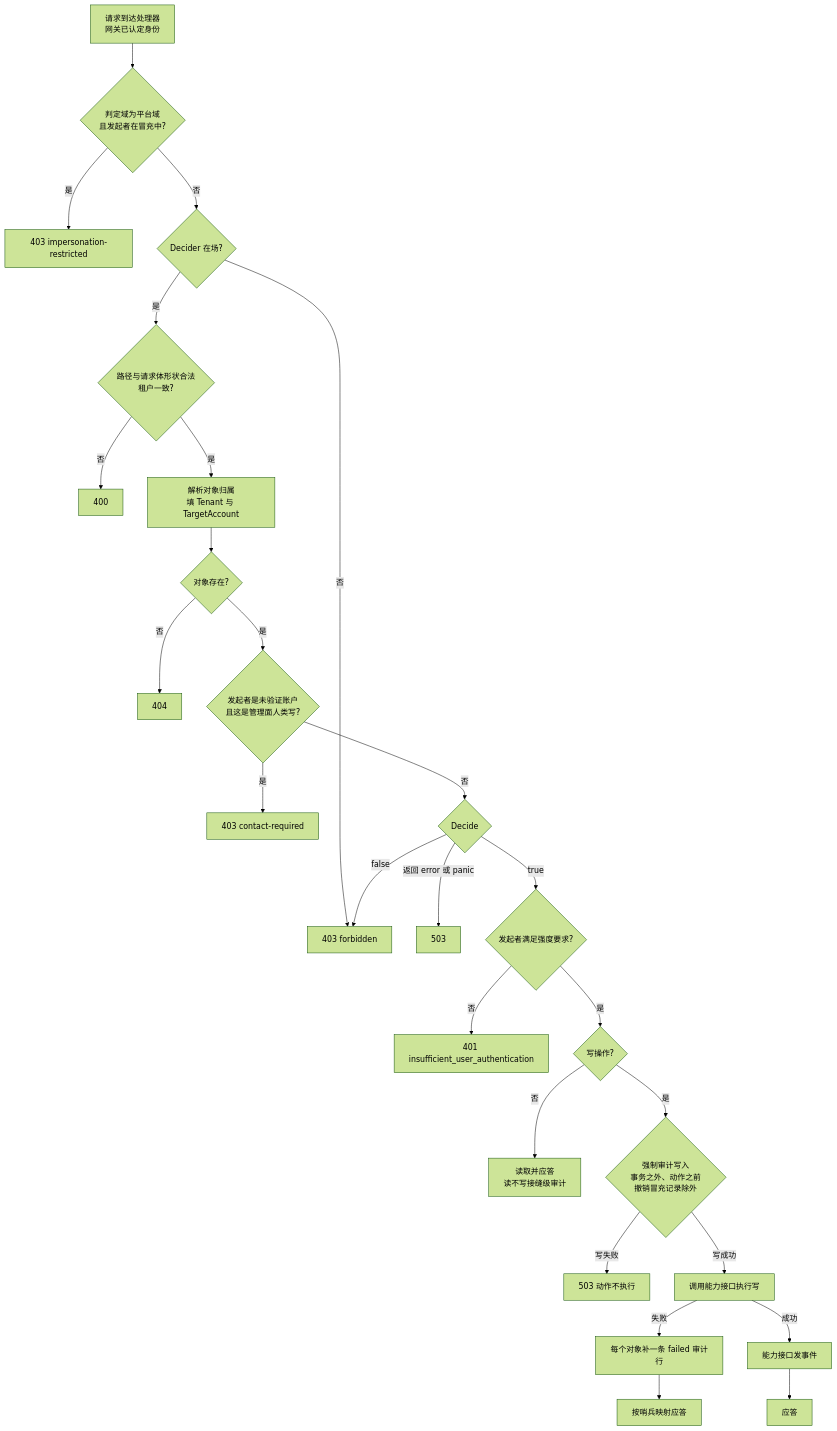
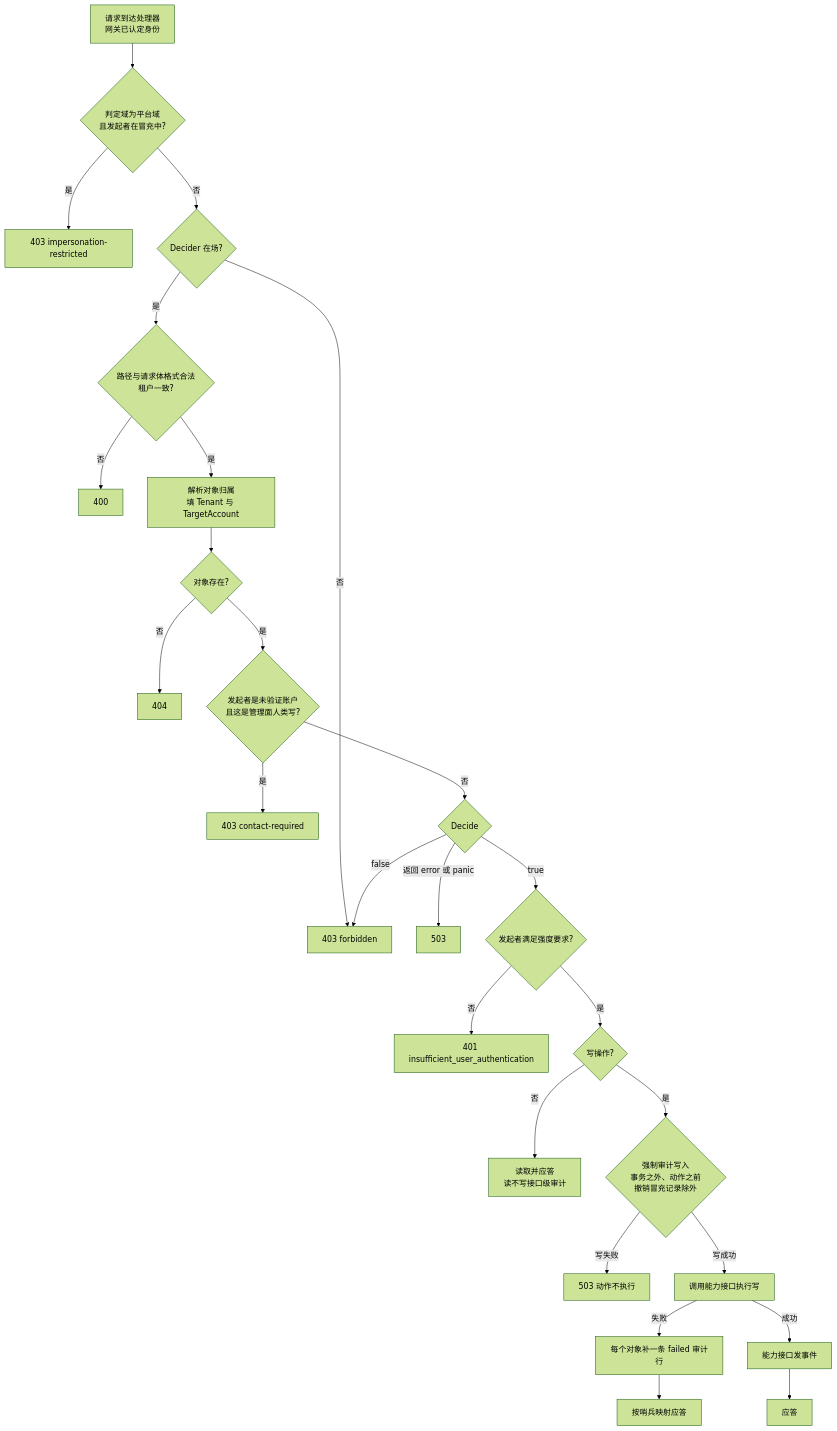
One commit to wangzw/speed changed the second of 2 diagrams in docs/design/modules/authn/design-authn-admin.md. Above: the diagram before and after it, drawn with Mermaid (forest theme). The commit also changed other lines of this file and 328 other files, not shown here.

````diff
--- a/docs/design/modules/authn/design-authn-admin.md
+++ b/docs/design/modules/authn/design-authn-admin.md
@@ -305,26 +305,26 @@
 ```mermaid
 flowchart TD
     A["请求到达处理器<br/>网关已认定身份"] --> B{"判定域为平台域<br/>且发起者在冒充中?"}
     B -- 是 --> R1["403 impersonation-restricted"]
     B -- 否 --> C{"Decider 在场?"}
     C -- 否 --> R2["403 forbidden"]
-    C -- 是 --> D{"路径与请求体形状合法<br/>租户一致?"}
+    C -- 是 --> D{"路径与请求体格式合法<br/>租户一致?"}
     D -- 否 --> R3["400"]
     D -- 是 --> E["解析对象归属<br/>填 Tenant 与 TargetAccount"]
     E --> F{"对象存在?"}
     F -- 否 --> R4["404"]
     F -- 是 --> G2{"发起者是未验证账户<br/>且这是管理面人类写?"}
     G2 -- 是 --> R9["403 contact-required"]
     G2 -- 否 --> G{"Decide"}
     G -- "返回 error 或 panic" --> R5["503"]
     G -- "false" --> R2
     G -- "true" --> H{"发起者满足强度要求?"}
     H -- 否 --> R6["401 insufficient_user_authentication"]
     H -- 是 --> I{"写操作?"}
-    I -- 否 --> J["读取并应答<br/>读不写接缝级审计"]
+    I -- 否 --> J["读取并应答<br/>读不写接口级审计"]
     I -- 是 --> K{"强制审计写入<br/>事务之外、动作之前<br/>撤销冒充记录除外"}
     K -- 写失败 --> R7["503 动作不执行"]
     K -- 写成功 --> L["调用能力接口执行写"]
     L -- 失败 --> M["每个对象补一条 failed 审计行"] --> R8["按哨兵映射应答"]
     L -- 成功 --> N["能力接口发事件"] --> O["应答"]
 ```
````
